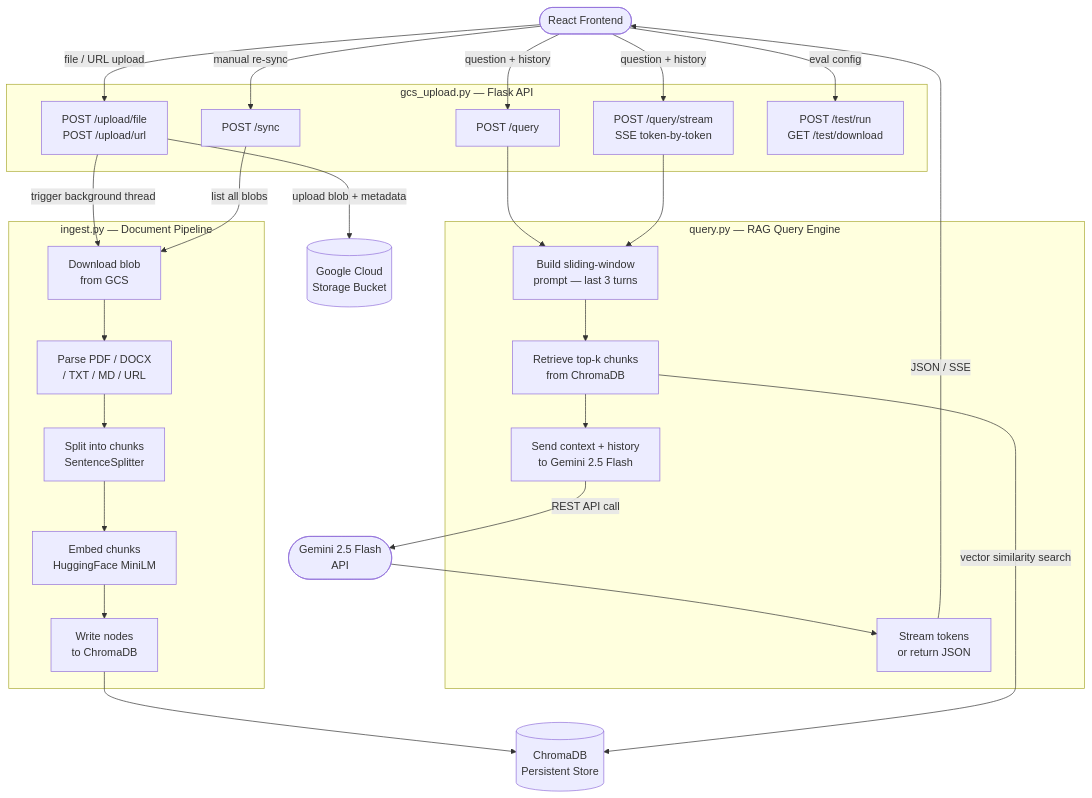
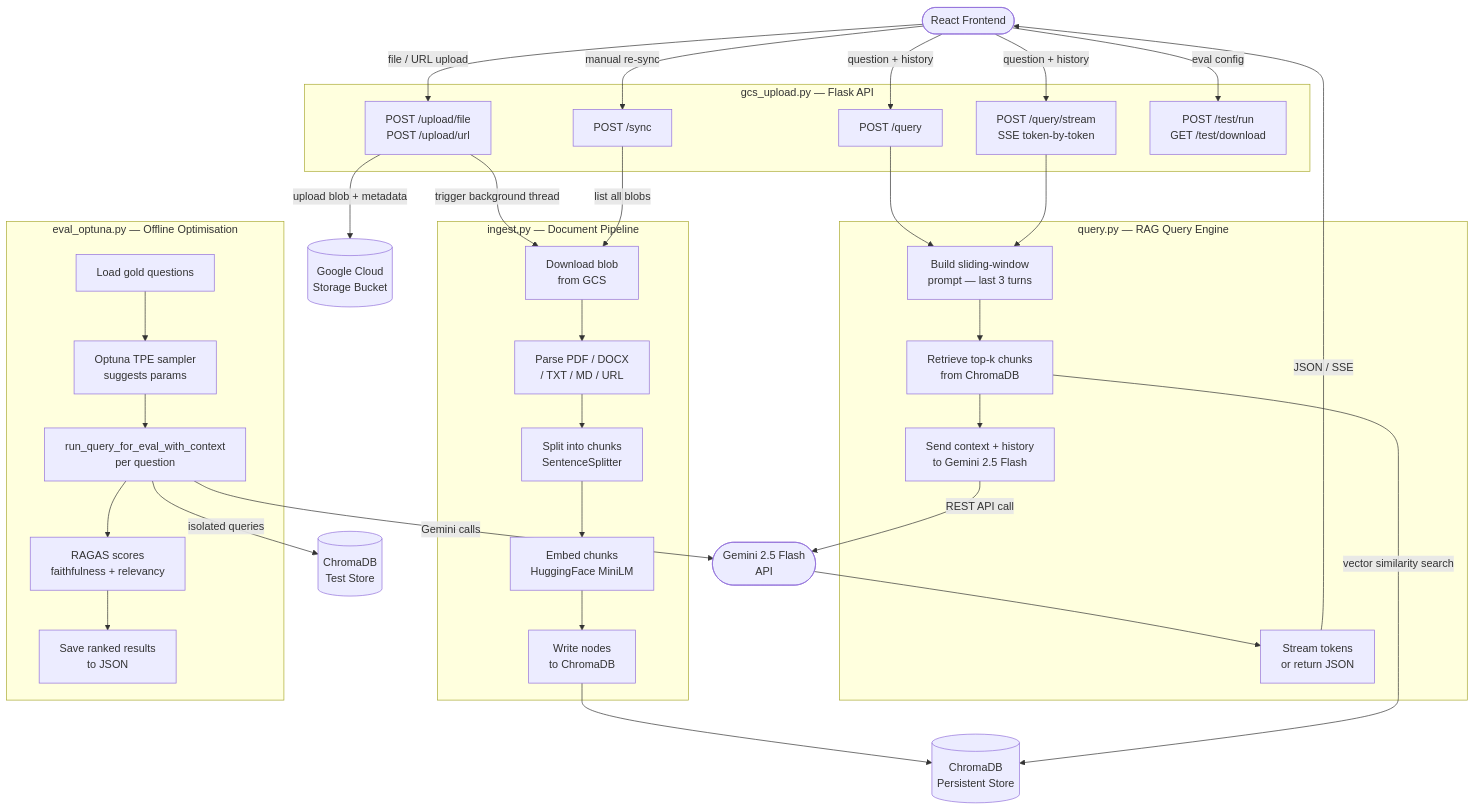
The first of 2 diagrams in developer_guide.md (sjasthi/student-compass), drawn with Mermaid before and after one commit. The commit also changed other lines of this file and 7 other files, not shown here.

Commit message:
New Optuna and RAGAS test files

````diff
--- a/developer_guide.md
+++ b/developer_guide.md
@@ -7,53 +7,66 @@
 ```mermaid
 flowchart TD
     FE([React Frontend])
 
     subgraph Flask ["gcs_upload.py — Flask API"]
         R1[POST /upload/file\nPOST /upload/url]
         R2[POST /query]
         R3[POST /query/stream\nSSE token-by-token]
         R4[POST /sync]
         R5[POST /test/run\nGET /test/download]
     end
 
     subgraph Ingest ["ingest.py — Document Pipeline"]
         I1[Download blob\nfrom GCS]
         I2[Parse PDF / DOCX\n/ TXT / MD / URL]
         I3[Split into chunks\nSentenceSplitter]
         I4[Embed chunks\nHuggingFace MiniLM]
         I5[Write nodes\nto ChromaDB]
     end
 
     subgraph Query ["query.py — RAG Query Engine"]
         Q1[Build sliding-window\nprompt — last 3 turns]
         Q2[Retrieve top-k chunks\nfrom ChromaDB]
         Q3[Send context + history\nto Gemini 2.5 Flash]
         Q4[Stream tokens\nor return JSON]
     end
 
+    subgraph Optuna ["eval_optuna.py — Offline Optimisation"]
+        O1[Load gold questions]
+        O2[Optuna TPE sampler\nsuggests params]
+        O3[run_query_for_eval_with_context\nper question]
+        O4[RAGAS scores\nfaithfulness + relevancy]
+        O5[Save ranked results\nto JSON]
+    end
+
     GCS[(Google Cloud\nStorage Bucket)]
     Chroma[(ChromaDB\nPersistent Store)]
+    ChromaTest[(ChromaDB\nTest Store)]
     Gemini([Gemini 2.5 Flash\nAPI])
 
     FE -->|file / URL upload| R1
     FE -->|question + history| R2
     FE -->|question + history| R3
     FE -->|manual re-sync| R4
     FE -->|eval config| R5
 
     R1 -->|upload blob + metadata| GCS
     R1 -->|trigger background thread| I1
     R4 -->|list all blobs| I1
 
     I1 --> I2 --> I3 --> I4 --> I5
     I5 --> Chroma
 
     R2 --> Q1
     R3 --> Q1
     Q1 --> Q2
     Q2 -->|vector similarity search| Chroma
     Q2 --> Q3
     Q3 -->|REST API call| Gemini
     Gemini --> Q4
     Q4 -->|JSON / SSE| FE
+
+    O1 --> O2 --> O3 --> O4 --> O5
+    O3 -->|isolated queries| ChromaTest
+    O3 -->|Gemini calls| Gemini
 ```
````
